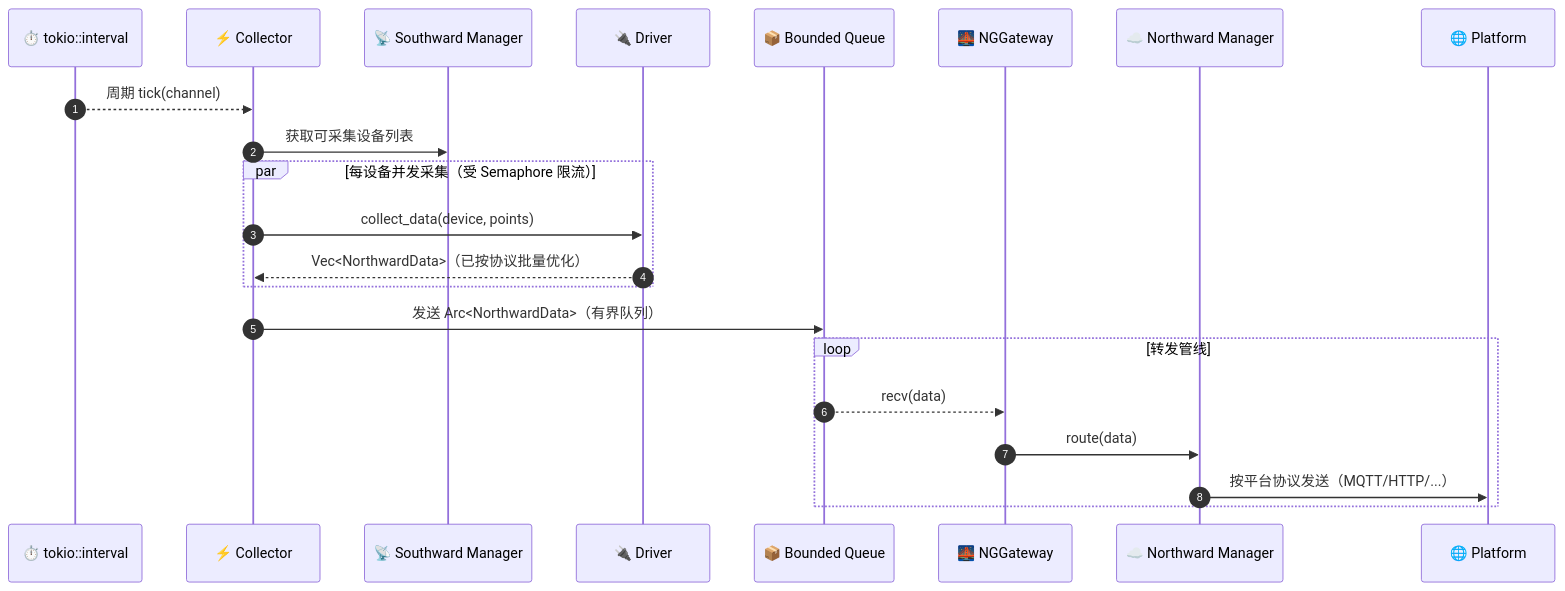
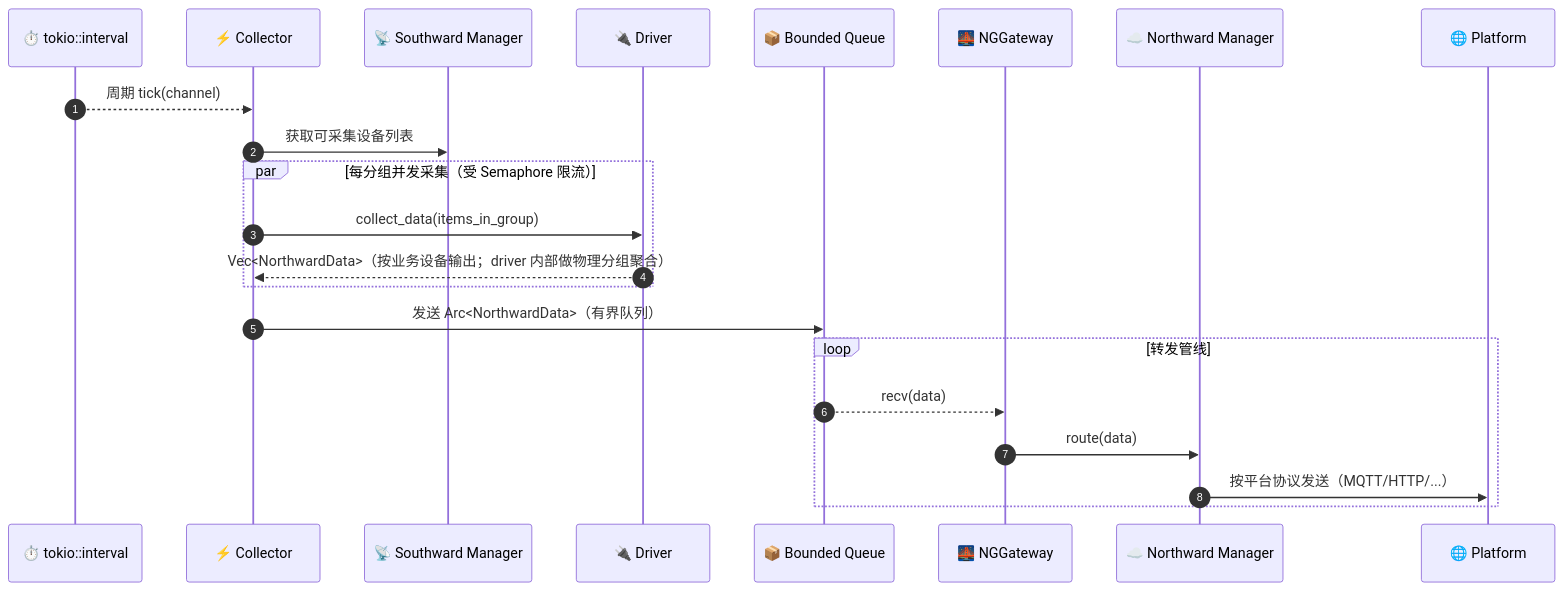
The third of 4 diagrams in README.md (shiyuecamus/ng-gateway), drawn with Mermaid before and after one commit. The commit also changed 29 other files, not shown here.

````diff
--- a/README.md
+++ b/README.md
@@ -187,28 +187,28 @@
 ```mermaid
 sequenceDiagram
     autonumber
     participant T as ⏱️ tokio::interval
     participant Col as ⚡ Collector
     participant SW as 📡 Southward Manager
     participant Dvr as 🔌 Driver
     participant Q as 📦 Bounded Queue
     participant G as 🌉 NGGateway
     participant NW as ☁️ Northward Manager
     participant PL as 🌐 Platform
 
     T-->>Col: 周期 tick(channel)
     Col->>SW: 获取可采集设备列表
 
-    par 每设备并发采集（受 Semaphore 限流）
-        Col->>Dvr: collect_data(device, points)
-        Dvr-->>Col: Vec<NorthwardData>（已按协议批量优化）
+    par 每分组并发采集（受 Semaphore 限流）
+        Col->>Dvr: collect_data(items_in_group)
+        Dvr-->>Col: Vec<NorthwardData>（按业务设备输出；driver 内部做物理分组聚合）
     end
 
     Col->>Q: 发送 Arc<NorthwardData>（有界队列）
 
     loop 转发管线
         Q-->>G: recv(data)
         G->>NW: route(data)
         NW->>PL: 按平台协议发送（MQTT/HTTP/...）
     end
 ```
````
